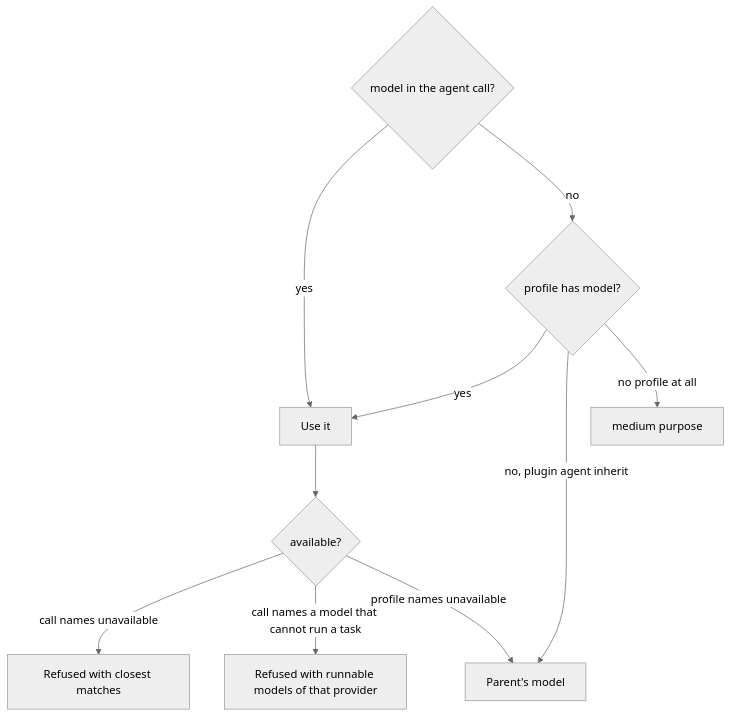
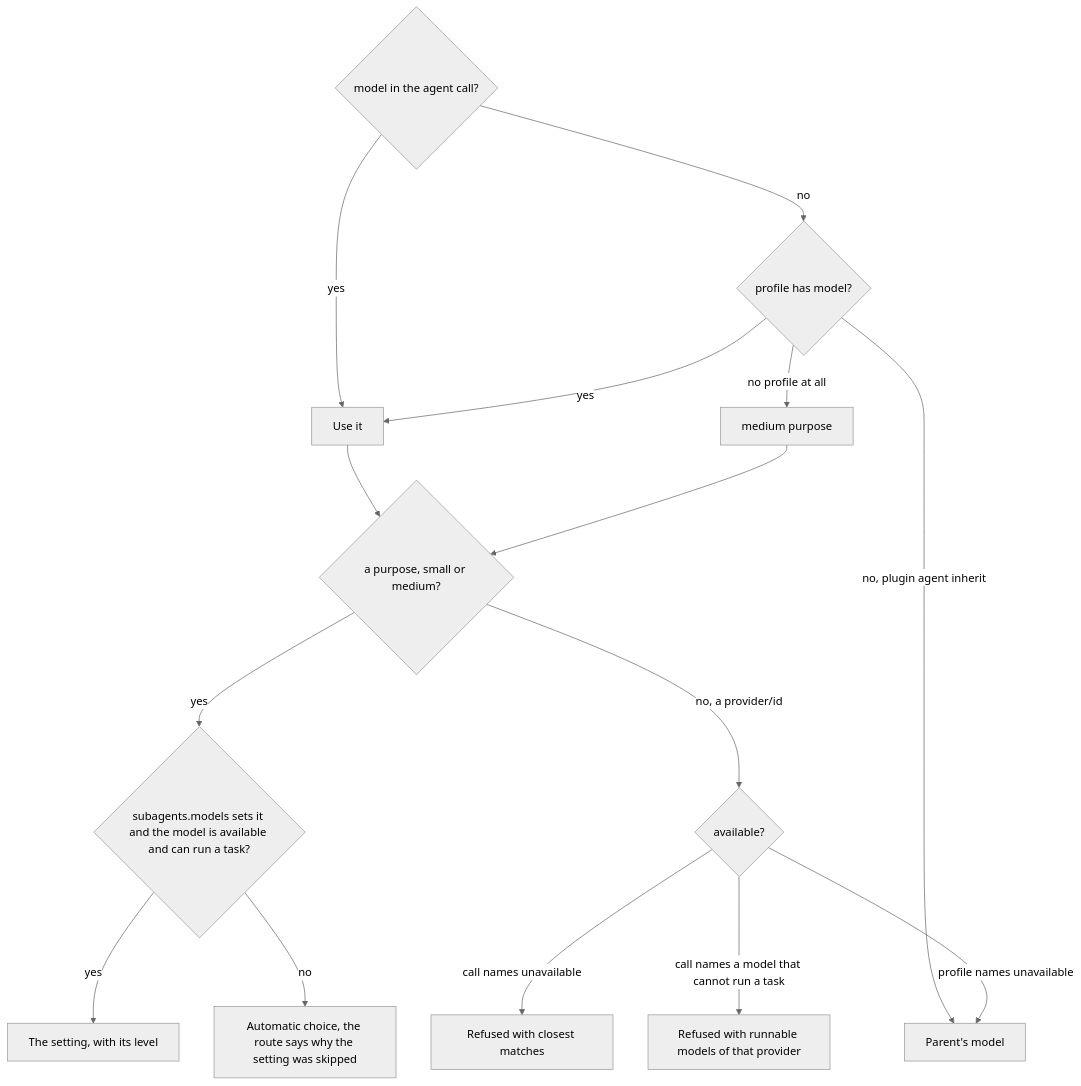
The seventh of 14 diagrams in packages/coding-agent/docs/native-features.md (bgauryy/octocode-coding-agent), drawn with Mermaid (neutral theme) before and after one commit. The commit also changed other lines of this file and 761 other files, not shown here.

````diff
--- a/packages/coding-agent/docs/native-features.md
+++ b/packages/coding-agent/docs/native-features.md
@@ -330,12 +364,17 @@
 ```mermaid
 flowchart TD
   A{model in the agent call?} -->|yes| R[Use it]
   A -->|no| B{profile has model?}
   B -->|yes| R
   B -->|no, plugin agent inherit| P[Parent's model]
   B -->|no profile at all| M[medium purpose]
-  R --> U{available?}
+  R --> Q{a purpose, small or medium?}
+  M --> Q
+  Q -->|yes| S{subagents.models sets it and the model is available and can run a task?}
+  S -->|yes| T[The setting, with its level]
+  S -->|no| W[Automatic choice, the route says why the setting was skipped]
+  Q -->|no, a provider/id| U{available?}
   U -->|call names unavailable| X[Refused with closest matches]
   U -->|call names a model that cannot run a task| Y[Refused with runnable models of that provider]
   U -->|profile names unavailable| P
 ```
````
